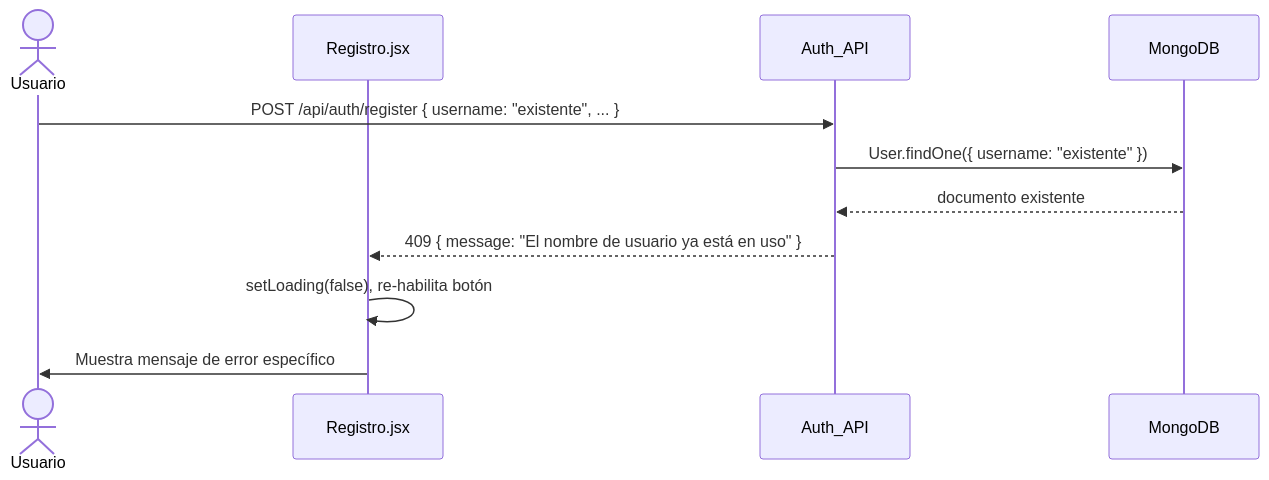
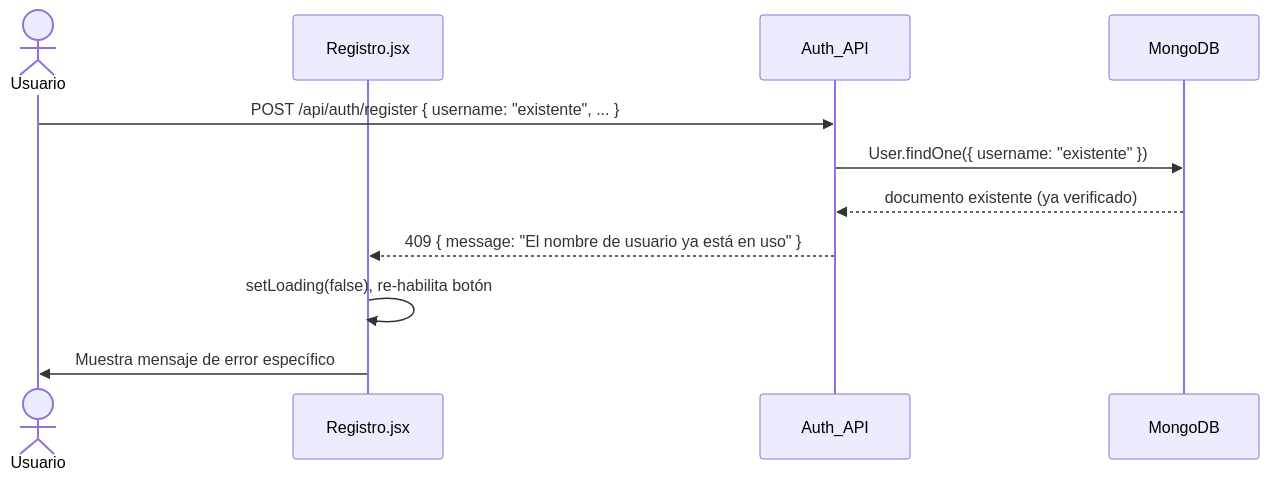
The seventh of 8 diagrams in .specs/login-autenticacion/design.md (CarlosG9615/Galin-Games-Shop), drawn with Mermaid before and after one commit. The commit also changed other lines of this file and 25 other files, not shown here.

````diff
--- a/.specs/login-autenticacion/design.md
+++ b/.specs/login-autenticacion/design.md
@@ -602,14 +824,14 @@
 ```mermaid
 sequenceDiagram
     actor U as Usuario
     participant F as Registro.jsx
     participant BE as Auth_API
     participant DB as MongoDB
 
     U->>BE: POST /api/auth/register { username: "existente", ... }
     BE->>DB: User.findOne({ username: "existente" })
-    DB-->>BE: documento existente
+    DB-->>BE: documento existente (ya verificado)
     BE-->>F: 409 { message: "El nombre de usuario ya está en uso" }
     F->>F: setLoading(false), re-habilita botón
     F->>U: Muestra mensaje de error específico
 ```
````
